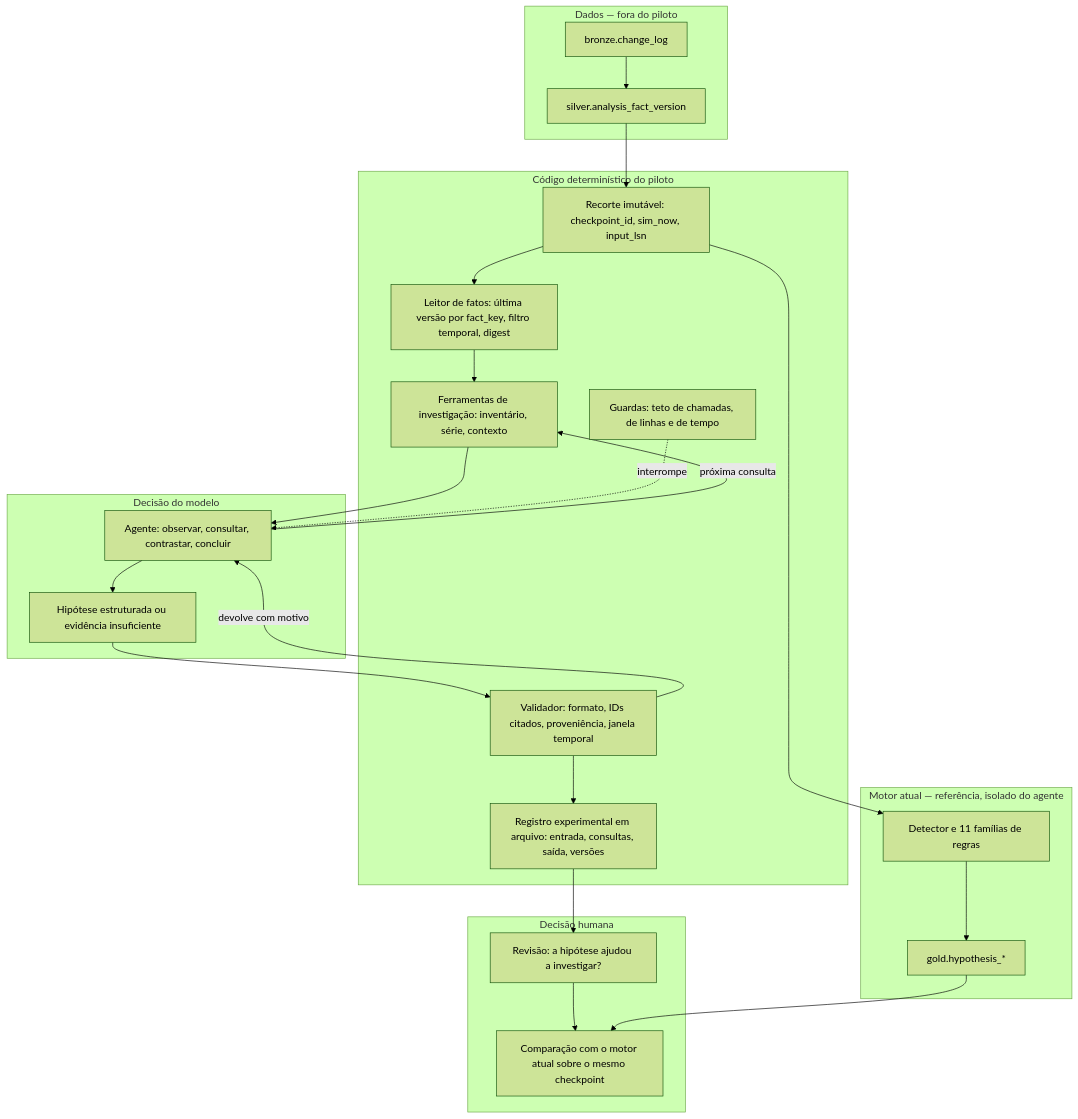
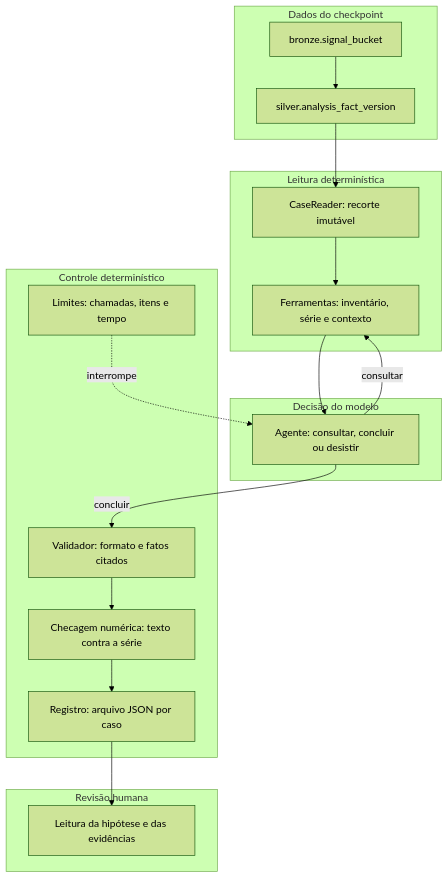
Before and after one commit to diegofsiilva/globo: the diagram in artefatos/arquitetura-agente-hipoteses-ia.md, drawn with Mermaid (forest theme). The commit also changed other lines of this file and 1 other file, not shown here.

````diff
--- a/artefatos/arquitetura-agente-hipoteses-ia.md
+++ b/artefatos/arquitetura-agente-hipoteses-ia.md
@@ -124,48 +17,27 @@
 ```mermaid
 flowchart TD
-    subgraph dados["Dados — fora do piloto"]
-        CL["bronze.change_log"]
-        AFV["silver.analysis_fact_version"]
+    subgraph dados["Dados do checkpoint"]
+        BR["bronze.signal_bucket"]
+        FAT["silver.analysis_fact_version"]
     end
-
-    subgraph det["Código determinístico do piloto"]
-        REC["Recorte imutável: checkpoint_id, sim_now, input_lsn"]
-        LEI["Leitor de fatos: última versão por fact_key, filtro temporal, digest"]
-        FER["Ferramentas de investigação: inventário, série, contexto"]
-        LIM["Guardas: teto de chamadas, de linhas e de tempo"]
-        VAL["Validador: formato, IDs citados, proveniência, janela temporal"]
-        REG["Registro experimental em arquivo: entrada, consultas, saída, versões"]
+    subgraph leitura["Leitura determinística"]
+        LEI["CaseReader: recorte imutável"]
+        FER["Ferramentas: inventário, série e contexto"]
     end
-
-    subgraph ia["Decisão do modelo"]
-        AG["Agente: observar, consultar, contrastar, concluir"]
-        SAI["Hipótese estruturada ou evidência insuficiente"]
+    subgraph modelo["Decisão do modelo"]
+        AG["Agente: consultar, concluir ou desistir"]
     end
-
-    subgraph pessoa["Decisão humana"]
-        REV["Revisão: a hipótese ajudou a investigar?"]
-        COMP["Comparação com o motor atual sobre o mesmo checkpoint"]
+    subgraph controle["Controle determinístico"]
+        LIM["Limites: chamadas, itens e tempo"]
+        VAL["Validador: formato e fatos citados"]
+        CHK["Checagem numérica: texto contra a série"]
+        REG["Registro: arquivo JSON por caso"]
     end
-
-    subgraph motor["Motor atual — referência, isolado do agente"]
-        DET["Detector e 11 famílias de regras"]
-        HIP["gold.hypothesis_*"]
+    subgraph humano["Revisão humana"]
+        REV["Leitura da hipótese e das evidências"]
     end
-
-    CL --> AFV
-    AFV --> REC
-    REC --> LEI
-    LEI --> FER
-    FER --> AG
-    AG -->|próxima consulta| FER
+    BR --> FAT --> LEI --> FER --> AG
+    AG -->|consultar| FER
     LIM -.->|interrompe| AG
-    AG --> SAI
-    SAI --> VAL
-    VAL -->|devolve com motivo| AG
-    VAL --> REG
-    REG --> REV
-    REV --> COMP
-    REC --> DET
-    DET --> HIP
-    HIP --> COMP
+    AG -->|concluir| VAL --> CHK --> REG --> REV
 ```
````
